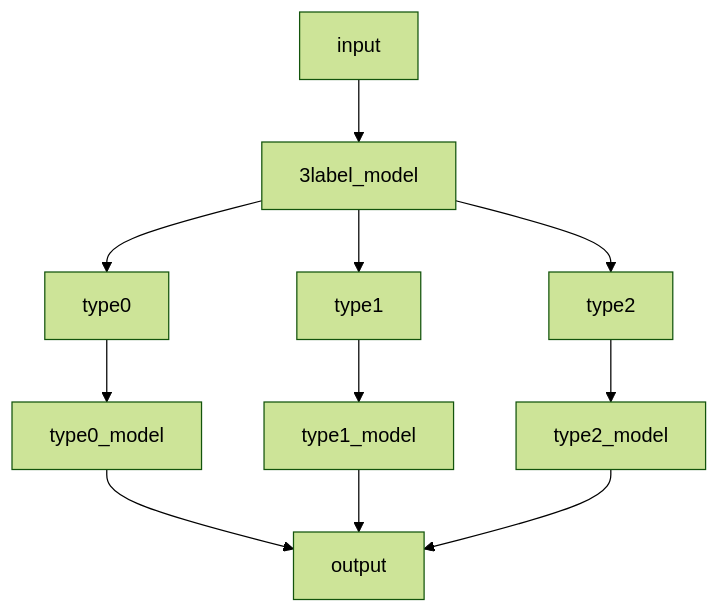
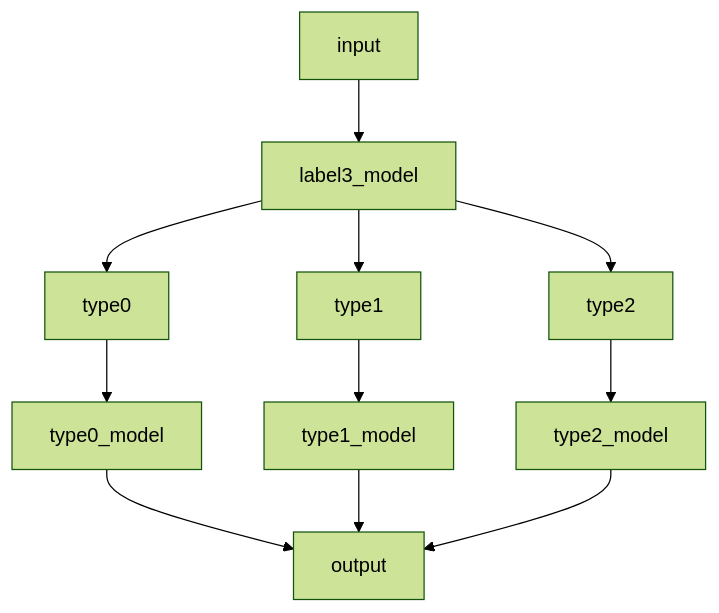
One commit to wocns1457/DACON-Competition changed the diagram in 도배하자분류/README.md. Above: the diagram before and after it, drawn with Mermaid (forest theme). The commit also changed other lines of this file, not shown here.

````diff
--- a/도배하자분류/README.md
+++ b/도배하자분류/README.md
@@ -53,10 +53,10 @@
 ```mermaid
 graph TD;
-    input-->3label_model;
-    3label_model-->type0;
-    3label_model-->type1;
-    3label_model-->type2;
+    input-->label3_model;
+    label3_model-->type0;
+    label3_model-->type1;
+    label3_model-->type2;
     type0-->type0_model-->output;
     type1-->type1_model-->output;
     type2-->type2_model-->output;
 ```
````
